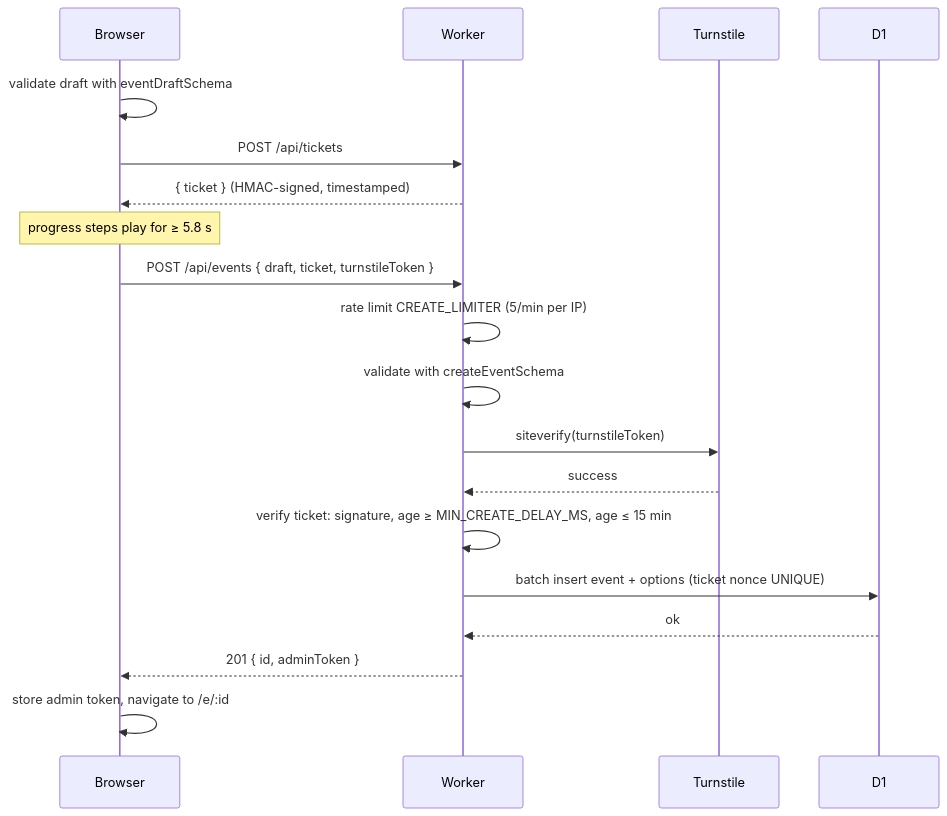
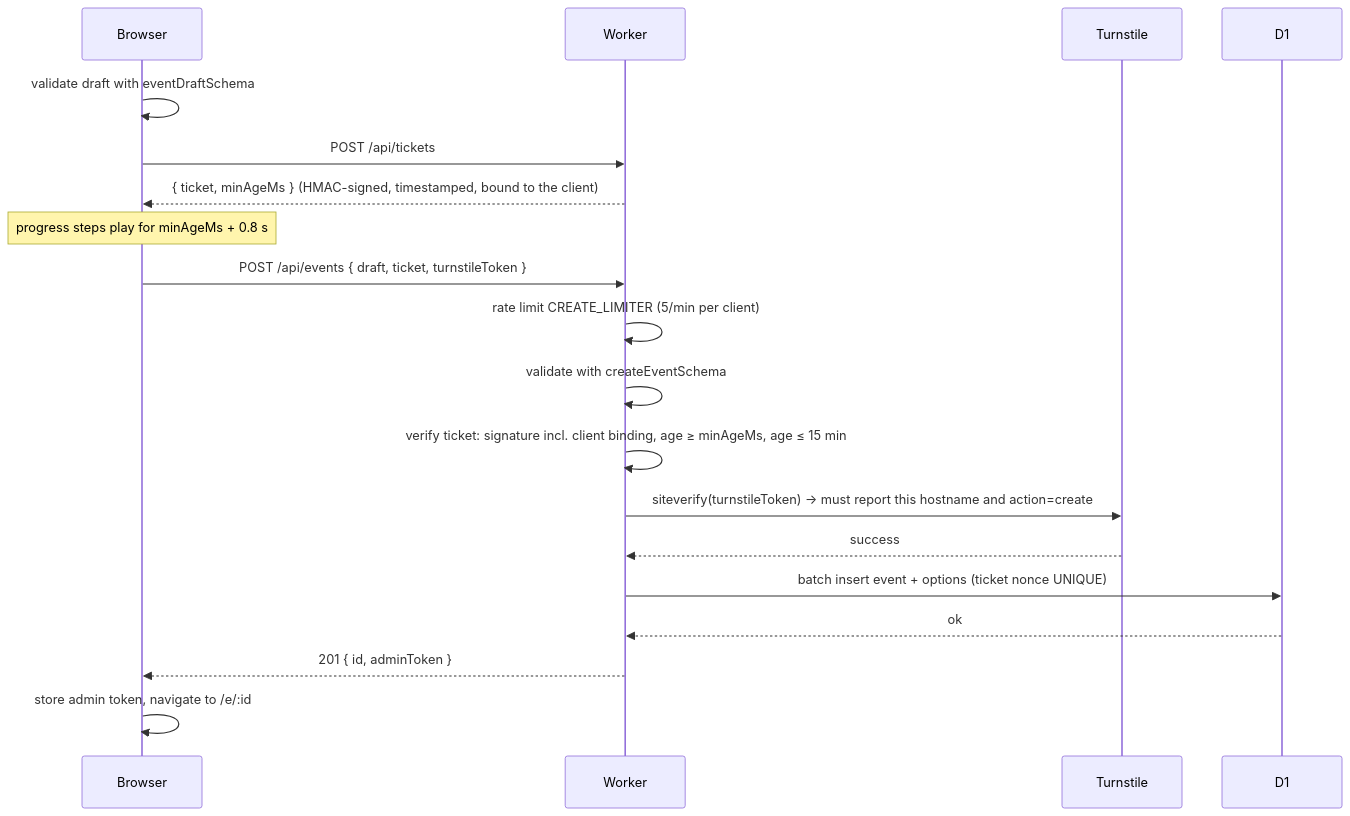
The diagram in docs/architecture.md (suomiton/pikadai), drawn with Mermaid before and after one commit. The commit also changed other lines of this file and 62 other files, not shown here.

````diff
--- a/docs/architecture.md
+++ b/docs/architecture.md
@@ -87,22 +93,22 @@
 ```mermaid
 sequenceDiagram
     participant U as Browser
     participant W as Worker
     participant T as Turnstile
     participant D as D1
 
     U->>U: validate draft with eventDraftSchema
     U->>W: POST /api/tickets
-    W-->>U: { ticket }  (HMAC-signed, timestamped)
-    Note over U: progress steps play for ≥ 5.8 s
+    W-->>U: { ticket, minAgeMs }  (HMAC-signed, timestamped, bound to the client)
+    Note over U: progress steps play for minAgeMs + 0.8 s
     U->>W: POST /api/events { draft, ticket, turnstileToken }
-    W->>W: rate limit CREATE_LIMITER (5/min per IP)
+    W->>W: rate limit CREATE_LIMITER (5/min per client)
     W->>W: validate with createEventSchema
-    W->>T: siteverify(turnstileToken)
+    W->>W: verify ticket: signature incl. client binding, age ≥ minAgeMs, age ≤ 15 min
+    W->>T: siteverify(turnstileToken) → must report this hostname and action=create
     T-->>W: success
-    W->>W: verify ticket: signature, age ≥ MIN_CREATE_DELAY_MS, age ≤ 15 min
     W->>D: batch insert event + options (ticket nonce UNIQUE)
     D-->>W: ok
     W-->>U: 201 { id, adminToken }
     U->>U: store admin token, navigate to /e/:id
 ```
````
